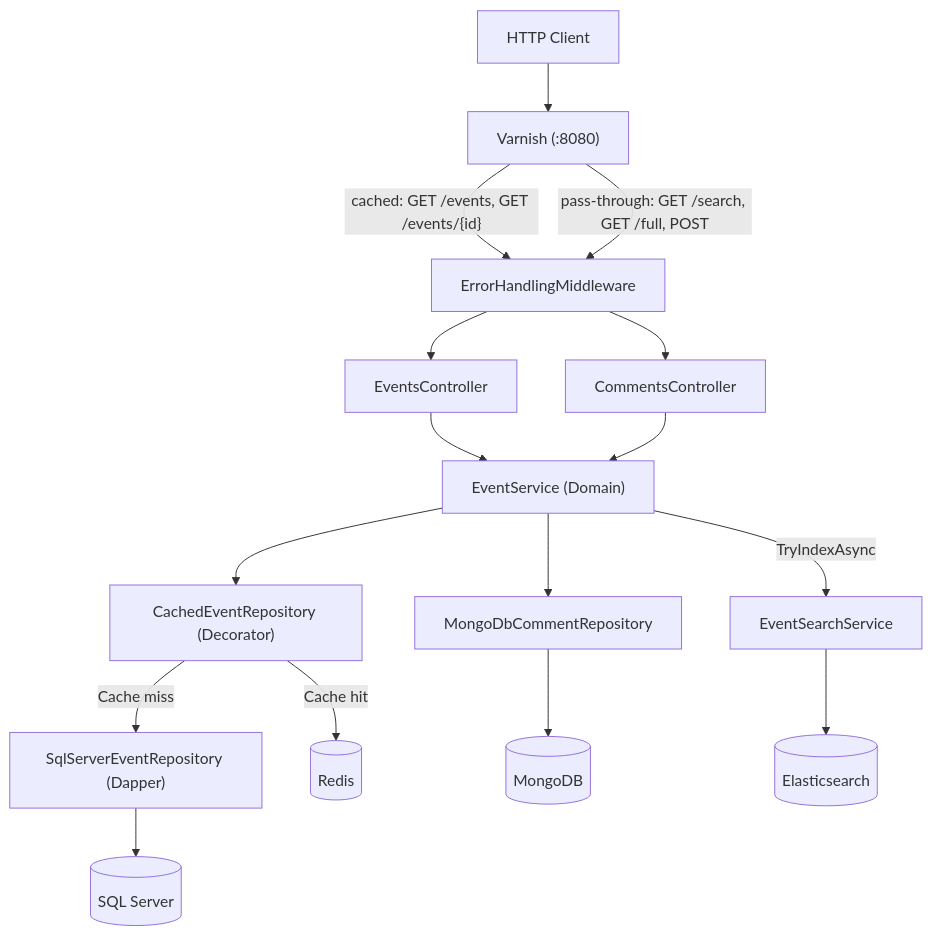
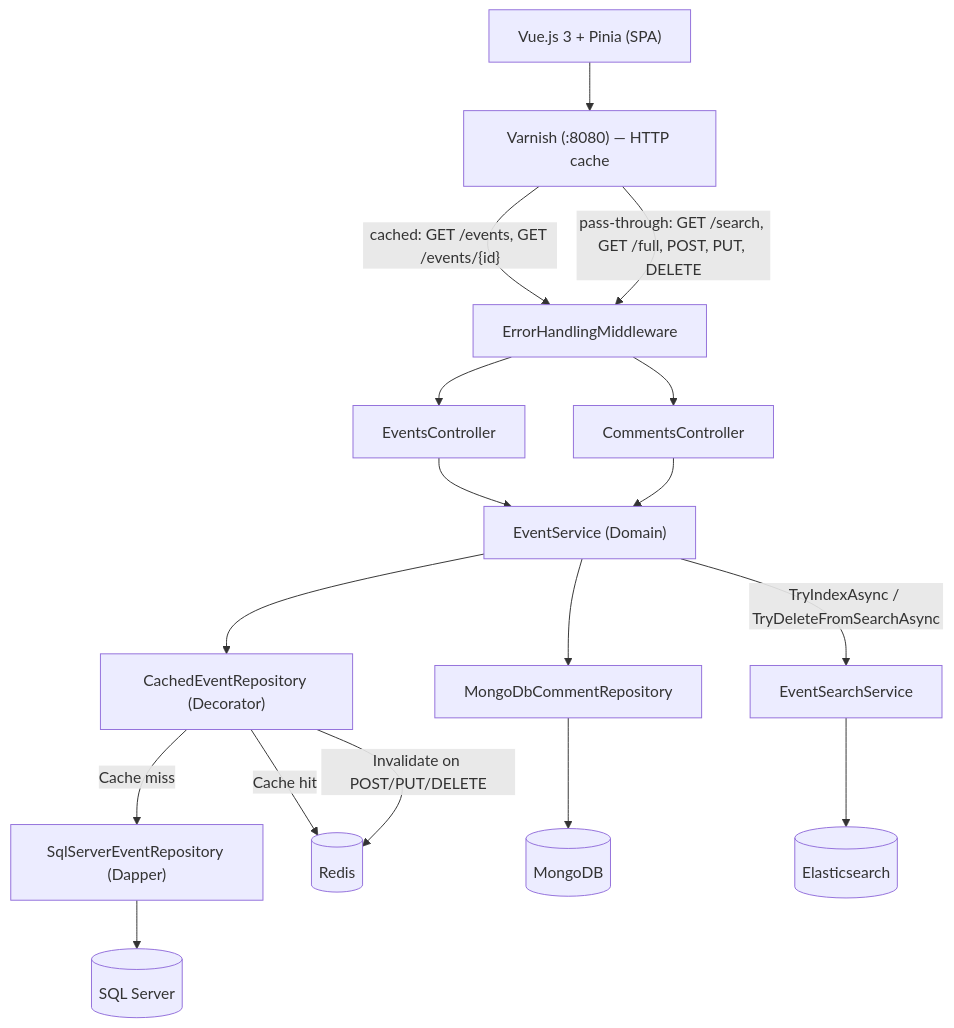
Before and after one commit to LaurentCondoure/EventManager: the first of 3 diagrams in documents/Technical/Architecture.md, drawn with Mermaid. The commit also changed other lines of this file and 4 other files, not shown here.

Commit message:
docs: update project documents with the latest feature. Add ADR 011 : Cache invalidation strategy for PUT and DELETE mutations

````diff
--- a/documents/Technical/Architecture.md
+++ b/documents/Technical/Architecture.md
@@ -7,33 +7,34 @@
 ```mermaid
 graph TD
-    Client["HTTP Client"]
-    Varnish["Varnish (:8080)"]
+    Vue["Vue.js 3 + Pinia (SPA)"]
+    Varnish["Varnish (:8080) — HTTP cache"]
     EH["ErrorHandlingMiddleware"]
     API["EventsController"]
     CommentsAPI["CommentsController"]
     Service["EventService (Domain)"]
     Cache["CachedEventRepository (Decorator)"]
     Repo["SqlServerEventRepository (Dapper)"]
     CommentRepo["MongoDbCommentRepository"]
     SearchService["EventSearchService"]
     Redis[("Redis")]
     SQL[("SQL Server")]
     Mongo[("MongoDB")]
     ES[("Elasticsearch")]
 
-    Client --> Varnish
+    Vue --> Varnish
     Varnish -->|"cached: GET /events, GET /events/{id}"| EH
-    Varnish -->|"pass-through: GET /search, GET /full, POST"| EH
+    Varnish -->|"pass-through: GET /search, GET /full, POST, PUT, DELETE"| EH
     EH --> API
     EH --> CommentsAPI
     API --> Service
     CommentsAPI --> Service
     Service --> Cache
     Service --> CommentRepo
-    Service -->|TryIndexAsync| SearchService
+    Service -->|TryIndexAsync / TryDeleteFromSearchAsync| SearchService
     Cache -->|Cache hit| Redis
     Cache -->|Cache miss| Repo
+    Cache -->|Invalidate on POST/PUT/DELETE| Redis
     Repo --> SQL
     CommentRepo --> Mongo
     SearchService --> ES
 ```
````
